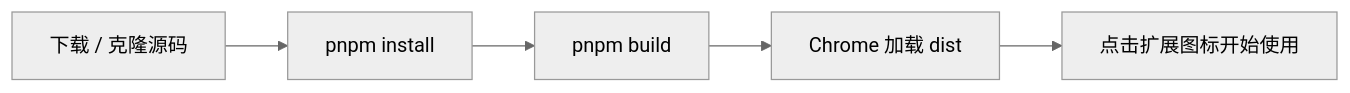
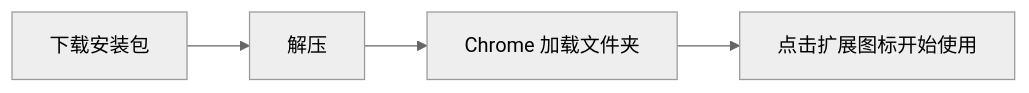
Before and after one commit to KaichenCurry/TabNexus: the second of 3 diagrams in README.md, drawn with Mermaid (neutral theme). The commit also changed other lines of this file and 8 other files, not shown here.

````diff
--- a/README.md
+++ b/README.md
@@ -115,4 +89,4 @@
 ```mermaid
 flowchart LR
-    A["下载 / 克隆源码"] --> B["pnpm install"] --> C["pnpm build"] --> D["Chrome 加载 dist"] --> E["点击扩展图标开始使用"]
+    A["下载安装包"] --> B["解压"] --> C["Chrome 加载文件夹"] --> D["点击扩展图标开始使用"]
 ```
````
